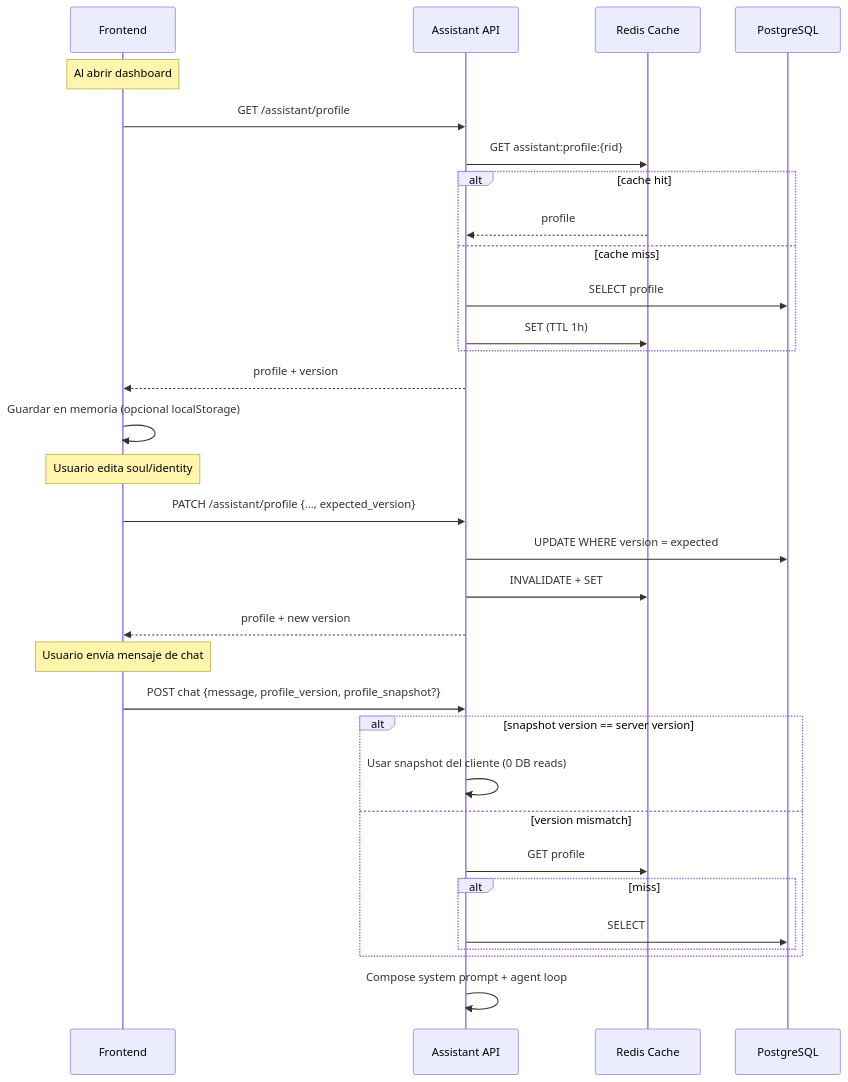
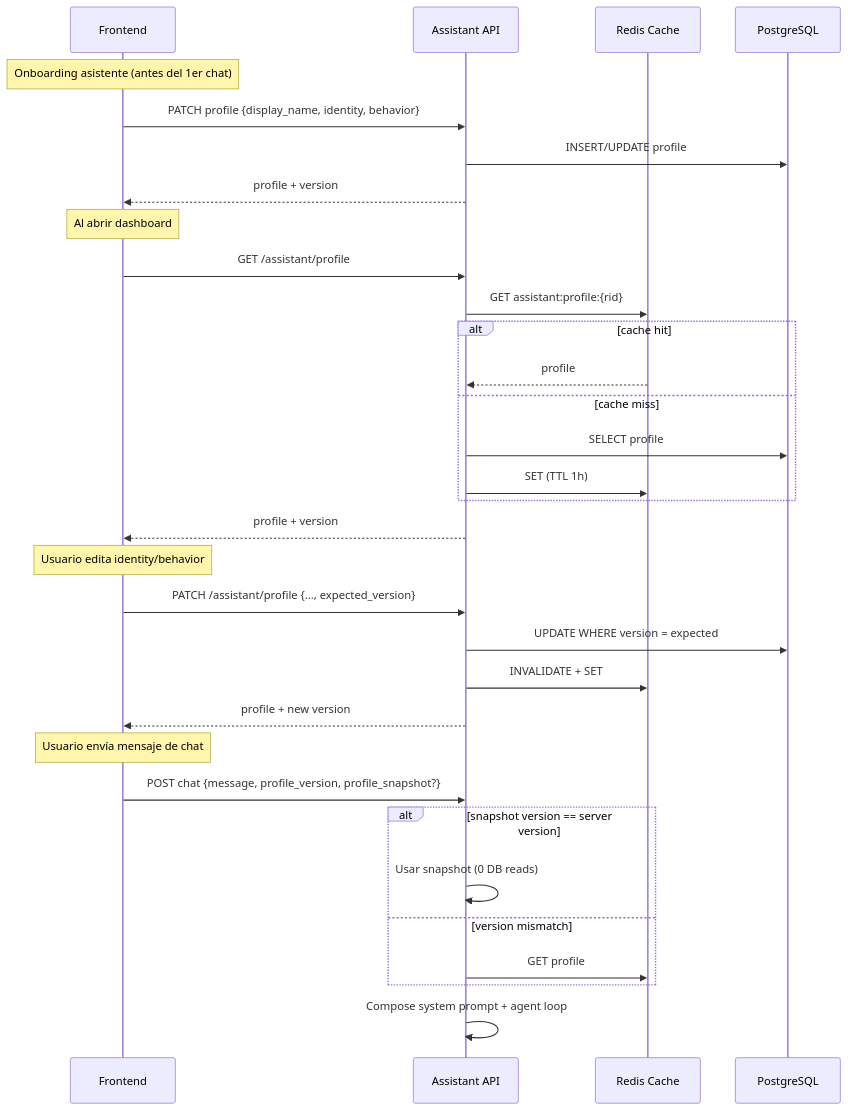
One commit to coderTtxi12/venddelo-ai changed the second of 8 diagrams in docs/superpowers/specs/2026-06-27-agentic-assistant-design.es.md. Above: the diagram before and after it, drawn with Mermaid. The commit also changed other lines of this file, not shown here.

First line of the commit message:
docs: expand Spanish agentic assistant architecture design spec

````diff
--- a/docs/superpowers/specs/2026-06-27-agentic-assistant-design.es.md
+++ b/docs/superpowers/specs/2026-06-27-agentic-assistant-design.es.md
@@ -159,37 +179,38 @@
 ```mermaid
 sequenceDiagram
     participant FE as Frontend
     participant API as Assistant API
     participant Redis as Redis Cache
     participant DB as PostgreSQL
+
+    Note over FE: Onboarding asistente (antes del 1er chat)
+    FE->>API: PATCH profile {display_name, identity, behavior}
+    API->>DB: INSERT/UPDATE profile
+    API-->>FE: profile + version
 
     Note over FE: Al abrir dashboard
     FE->>API: GET /assistant/profile
     API->>Redis: GET assistant:profile:{rid}
     alt cache hit
         Redis-->>API: profile
     else cache miss
         API->>DB: SELECT profile
         API->>Redis: SET (TTL 1h)
     end
     API-->>FE: profile + version
-    FE->>FE: Guardar en memoria (opcional localStorage)
 
-    Note over FE: Usuario edita soul/identity
+    Note over FE: Usuario edita identity/behavior
     FE->>API: PATCH /assistant/profile {..., expected_version}
     API->>DB: UPDATE WHERE version = expected
     API->>Redis: INVALIDATE + SET
     API-->>FE: profile + new version
 
     Note over FE: Usuario envía mensaje de chat
     FE->>API: POST chat {message, profile_version, profile_snapshot?}
     alt snapshot version == server version
-        API->>API: Usar snapshot del cliente (0 DB reads)
+        API->>API: Usar snapshot (0 DB reads)
     else version mismatch
         API->>Redis: GET profile
-        alt miss
-            API->>DB: SELECT
-        end
     end
     API->>API: Compose system prompt + agent loop
 ```
````
